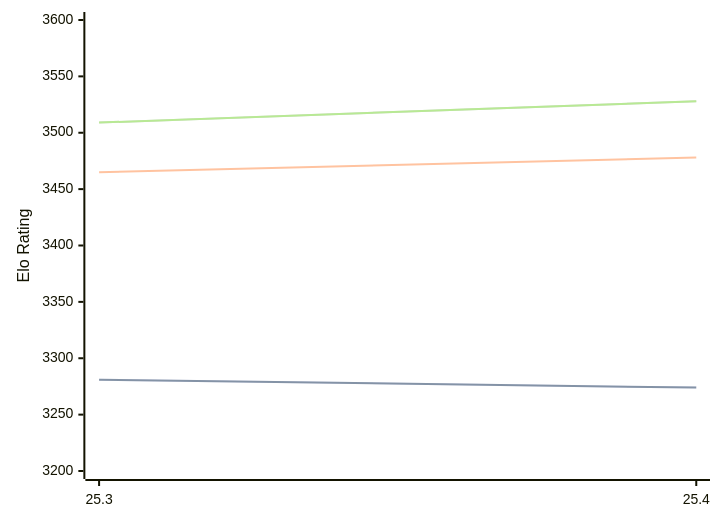
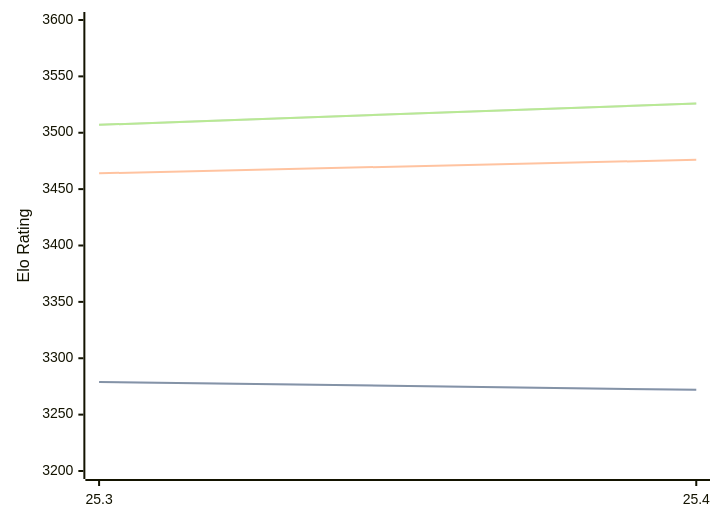
One commit to computer-chess-index/cci changed the diagram in engines/Arasan.md. Above: the diagram before and after it, drawn with Mermaid. The commit also changed other lines of this file, not shown here.

Commit message:
Update CCI Ratings (ELO VLTC) - 2026-04-26

````diff
--- a/engines/Arasan.md
+++ b/engines/Arasan.md
@@ -33,11 +33,11 @@
 ```mermaid
 %%{init: {"theme":"base","themeVariables":{"seriesColors:['#a3a3a3','#222221','#faa371']}}}%%
 xychart-beta
   x-axis ["25.3", "25.4"]
   y-axis "Elo Rating" 3200 --> 3600
-  line "STC (8.0+0.08s)" [3281, 3274]
-  line "STC (8.0+0.08s)" [3281, 3274]
-  line "LTC (60.0+0.60s)" [3465, 3478]
-  line "VLTC (2m24s+1.12s)" [3509, 3528]
-  line "VLTC (2m24s+1.12s)" [3509, 3528]
+  line "STC (8.0+0.08s)" [3279, 3272]
+  line "STC (8.0+0.08s)" [3279, 3272]
+  line "LTC (60.0+0.60s)" [3464, 3476]
+  line "VLTC (2m24s+1.12s)" [3507, 3526]
+  line "VLTC (2m24s+1.12s)" [3507, 3526]
 ```
````
